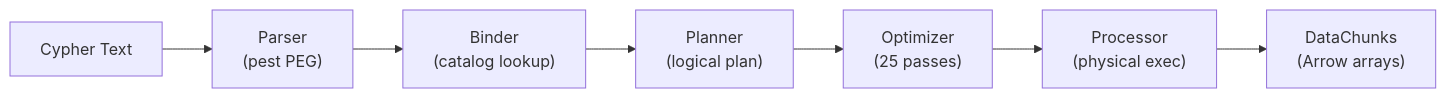
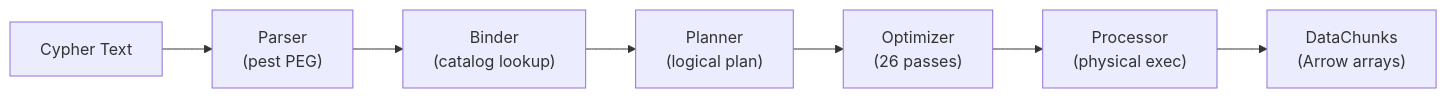
One commit to mlengse/akar changed the third of 6 diagrams in .terrain/human/2.Architecture.md. Above: the diagram before and after it, drawn with Mermaid. The commit also changed other lines of this file and 8 other files, not shown here.

````diff
--- a/.terrain/human/2.Architecture.md
+++ b/.terrain/human/2.Architecture.md
@@ -167,9 +167,9 @@
 ```mermaid
 flowchart LR
     A["Cypher Text"] --> B["Parser<br/>(pest PEG)"]
     B --> C["Binder<br/>(catalog lookup)"]
     C --> D["Planner<br/>(logical plan)"]
-    D --> E["Optimizer<br/>(25 passes)"]
+    D --> E["Optimizer<br/>(26 passes)"]
     E --> F["Processor<br/>(physical exec)"]
     F --> G["DataChunks<br/>(Arrow arrays)"]
 ```
````
